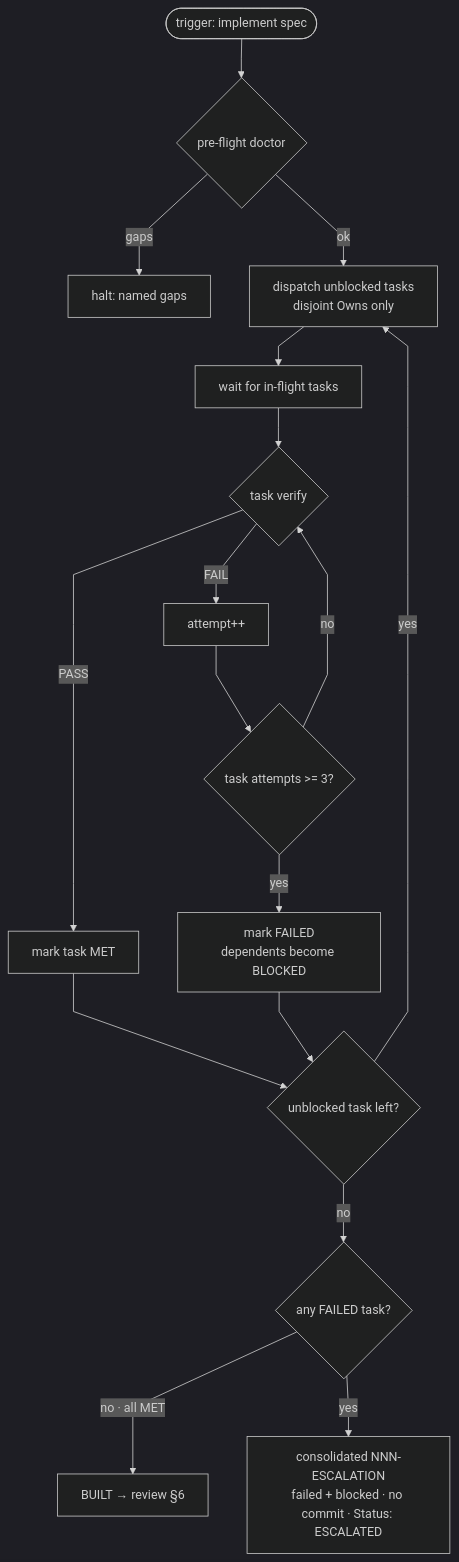
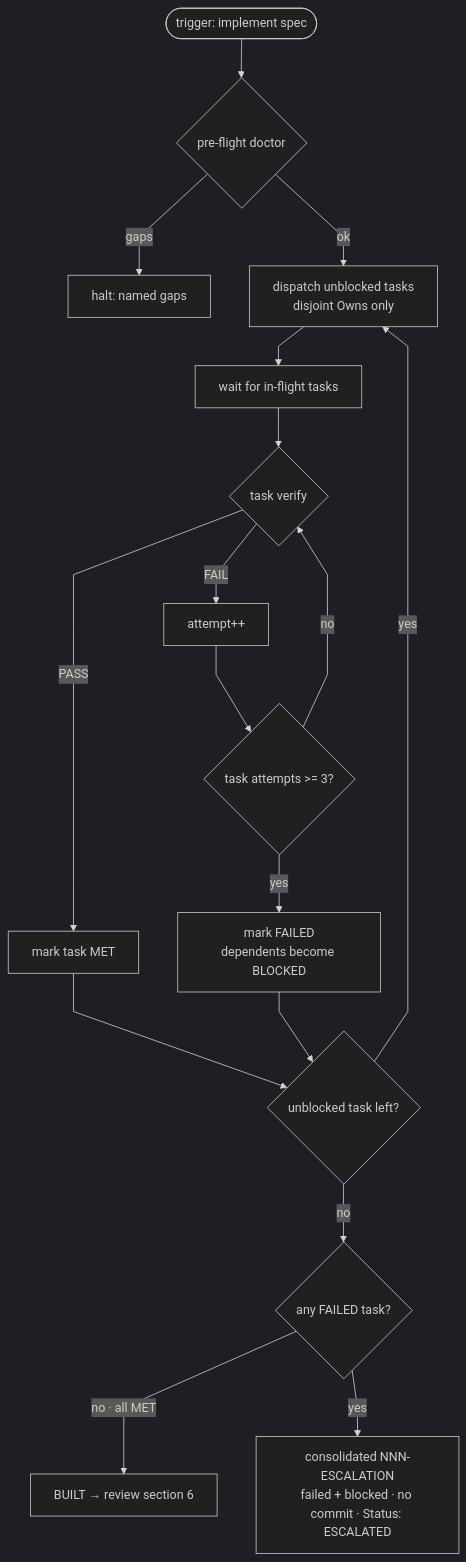
One commit to sinhaaritro/dev-agent changed the second of 5 diagrams in specs/002-flow-design.md. Above: the diagram before and after it, drawn with Mermaid (dark theme). The commit also changed other lines of this file and 75 other files, not shown here.

````diff
--- a/specs/002-flow-design.md
+++ b/specs/002-flow-design.md
@@ -150,19 +150,19 @@
 ```mermaid
 %%{init: {"flowchart": {"curve": "linear"}}}%%
 flowchart TD
     START([trigger: implement spec]) --> DOC{pre-flight doctor}
     DOC -- gaps --> HALT1[halt: named gaps]
     DOC -- ok --> DISP[dispatch unblocked tasks<br/>disjoint Owns only]
     DISP --> INFLIGHT[wait for in-flight tasks] --> RES{task verify}
     RES -- PASS --> NEXT[mark task MET]
     RES -- FAIL --> AT[attempt++]
     AT --> LIM{task attempts >= 3?}
     LIM -- no --> RES
     LIM -- yes --> FAILED[mark FAILED<br/>dependents become BLOCKED]
     NEXT --> PROG{unblocked task left?}
     FAILED --> PROG
     PROG -- yes --> DISP
     PROG -- no --> ANY{any FAILED task?}
-    ANY -- no · all MET --> BUILT[BUILT → review §6]
+    ANY -- no · all MET --> BUILT[BUILT → review section 6]
     ANY -- yes --> ESC[consolidated NNN-ESCALATION<br/>failed + blocked · no commit · Status: ESCALATED]
 ```
````
